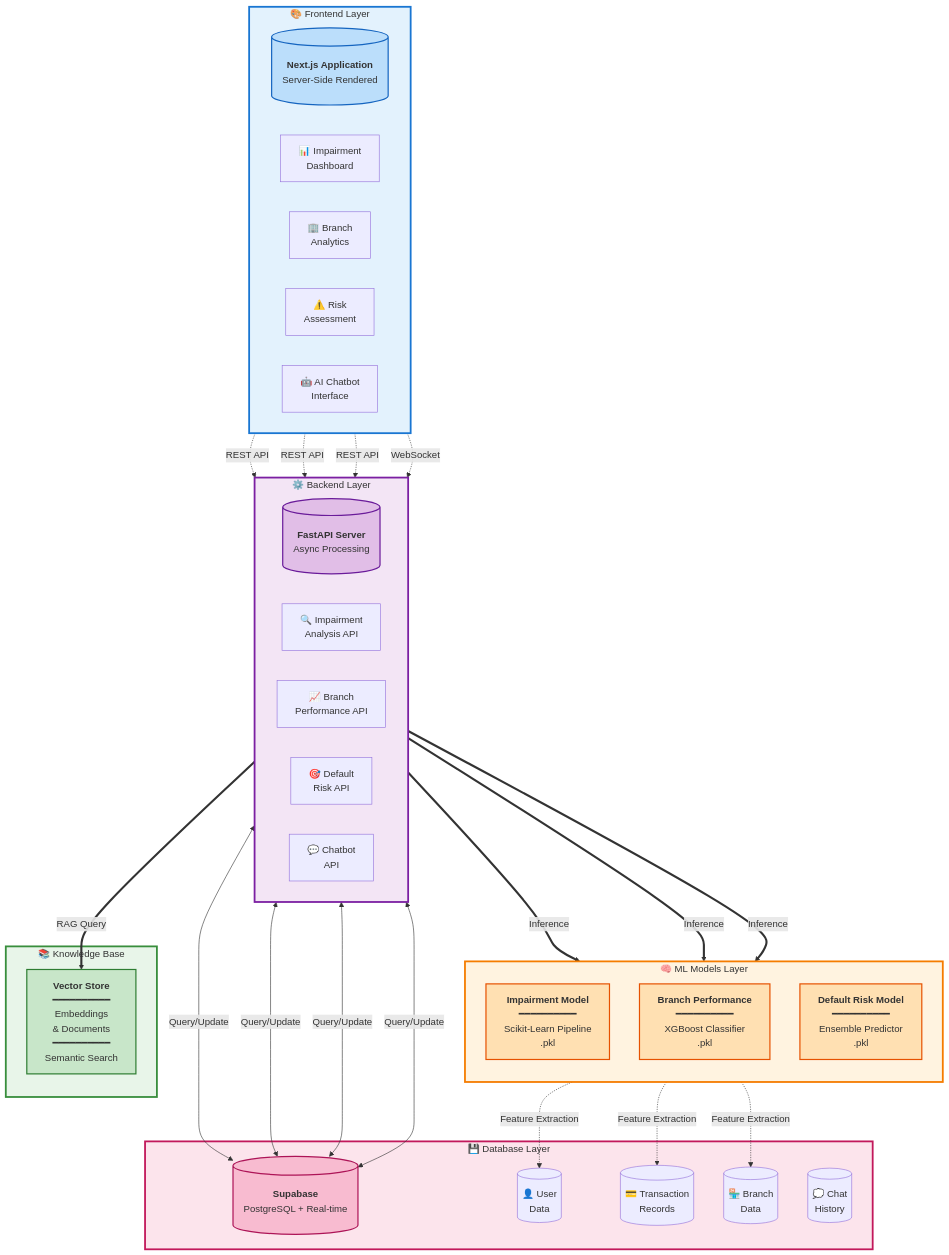
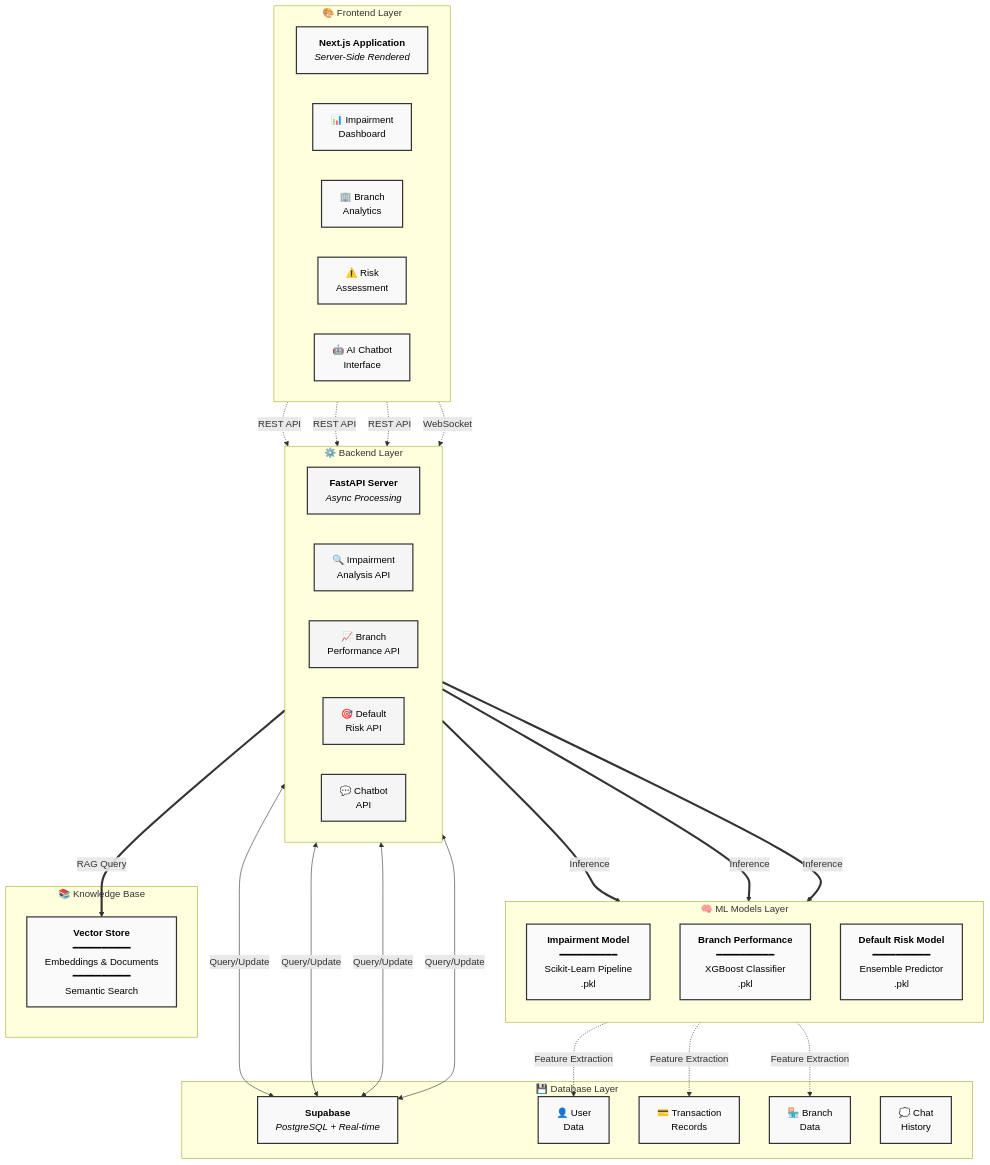
Before and after one commit to lasinduSemasingha/CreditSense-AI: the diagram in README.md, drawn with Mermaid.

Commit message:
Refactor Mermaid diagram styles and labels

````diff
--- a/README.md
+++ b/README.md
@@ -18,73 +18,68 @@
 ```mermaid
 graph TB
     subgraph Frontend["🎨 Frontend Layer"]
         direction LR
-        A[("<div style='padding:10px'><b>Next.js Application</b><br/>Server-Side Rendered</div>")]
+        A["<b>Next.js Application</b><br/><i>Server-Side Rendered</i>"]
         A1["📊 Impairment<br/>Dashboard"]
         A2["🏢 Branch<br/>Analytics"]
         A3["⚠️ Risk<br/>Assessment"]
         A4["🤖 AI Chatbot<br/>Interface"]
     end
     
     subgraph Backend["⚙️ Backend Layer"]
         direction LR
-        B[("<div style='padding:10px'><b>FastAPI Server</b><br/>Async Processing</div>")]
+        B["<b>FastAPI Server</b><br/><i>Async Processing</i>"]
         B1["🔍 Impairment<br/>Analysis API"]
         B2["📈 Branch<br/>Performance API"]
         B3["🎯 Default<br/>Risk API"]
         B4["💬 Chatbot<br/>API"]
     end
     
     subgraph ML["🧠 ML Models Layer"]
         direction TB
         C1["<b>Impairment Model</b><br/>━━━━━━━━━━<br/>Scikit-Learn Pipeline<br/>.pkl"]
         C2["<b>Branch Performance</b><br/>━━━━━━━━━━<br/>XGBoost Classifier<br/>.pkl"]
         C3["<b>Default Risk Model</b><br/>━━━━━━━━━━<br/>Ensemble Predictor<br/>.pkl"]
     end
     
     subgraph KB["📚 Knowledge Base"]
-        D["<b>Vector Store</b><br/>━━━━━━━━━━<br/>Embeddings<br/>& Documents<br/>━━━━━━━━━━<br/>Semantic Search"]
+        D["<b>Vector Store</b><br/>━━━━━━━━━━<br/>Embeddings & Documents<br/>━━━━━━━━━━<br/>Semantic Search"]
     end
     
     subgraph Database["💾 Database Layer"]
-        E[("<div style='padding:10px'><b>Supabase</b><br/>PostgreSQL + Real-time</div>")]
-        E1[("👤 User<br/>Data")]
-        E2[("💳 Transaction<br/>Records")]
-        E3[("🏪 Branch<br/>Data")]
-        E4[("💭 Chat<br/>History")]
+        E["<b>Supabase</b><br/><i>PostgreSQL + Real-time</i>"]
+        E1["👤 User<br/>Data"]
+        E2["💳 Transaction<br/>Records"]
+        E3["🏪 Branch<br/>Data"]
+        E4["💭 Chat<br/>History"]
     end
     
     A1 -.->|REST API| B1
     A2 -.->|REST API| B2
     A3 -.->|REST API| B3
     A4 -.->|WebSocket| B4
     
     B1 ==>|Inference| C1
     B2 ==>|Inference| C2
     B3 ==>|Inference| C3
     B4 ==>|RAG Query| D
     
     B1 <-->|Query/Update| E
     B2 <-->|Query/Update| E
     B3 <-->|Query/Update| E
     B4 <-->|Query/Update| E
     
     C1 -.->|Feature Extraction| E2
     C2 -.->|Feature Extraction| E3
     C3 -.->|Feature Extraction| E1
     
-    style Frontend fill:#e3f2fd,stroke:#1976d2,stroke-width:3px
-    style Backend fill:#f3e5f5,stroke:#7b1fa2,stroke-width:3px
-    style ML fill:#fff3e0,stroke:#f57c00,stroke-width:3px
-    style KB fill:#e8f5e9,stroke:#388e3c,stroke-width:3px
-    style Database fill:#fce4ec,stroke:#c2185b,stroke-width:3px
+    classDef frontendStyle fill:#f9f9f9,stroke:#333,stroke-width:2px,color:#000
+    classDef backendStyle fill:#f5f5f5,stroke:#333,stroke-width:2px,color:#000
+    classDef mlStyle fill:#fafafa,stroke:#333,stroke-width:2px,color:#000
+    classDef dbStyle fill:#f9f9f9,stroke:#333,stroke-width:2px,color:#000
     
-    style A fill:#bbdefb,stroke:#1565c0,stroke-width:2px
-    style B fill:#e1bee7,stroke:#6a1b9a,stroke-width:2px
-    style E fill:#f8bbd0,stroke:#ad1457,stroke-width:2px
-    
-    style C1 fill:#ffe0b2,stroke:#e65100,stroke-width:2px
-    style C2 fill:#ffe0b2,stroke:#e65100,stroke-width:2px
-    style C3 fill:#ffe0b2,stroke:#e65100,stroke-width:2px
-    style D fill:#c8e6c9,stroke:#2e7d32,stroke-width:2px
+    class A,A1,A2,A3,A4 frontendStyle
+    class B,B1,B2,B3,B4 backendStyle
+    class C1,C2,C3,D mlStyle
+    class E,E1,E2,E3,E4 dbStyle
 ```
````
